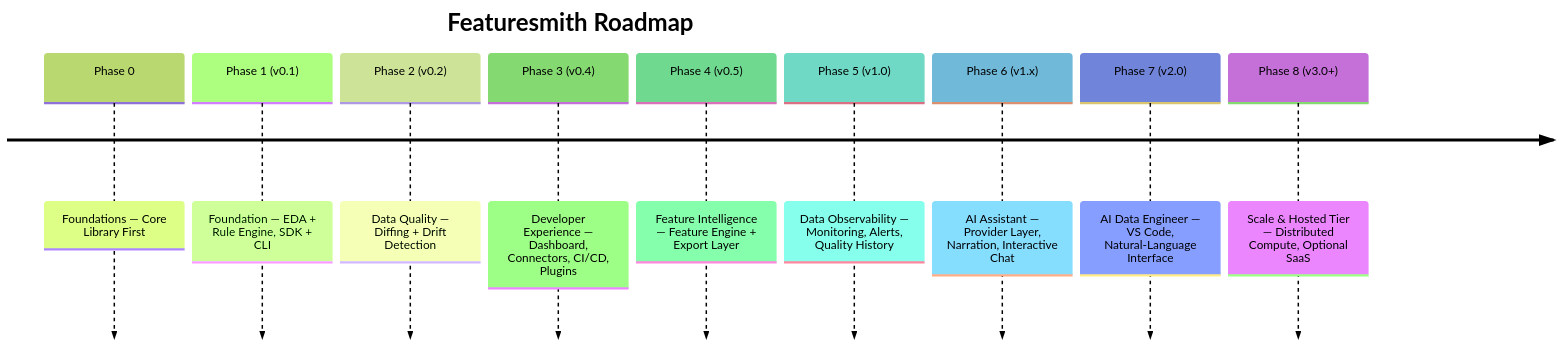
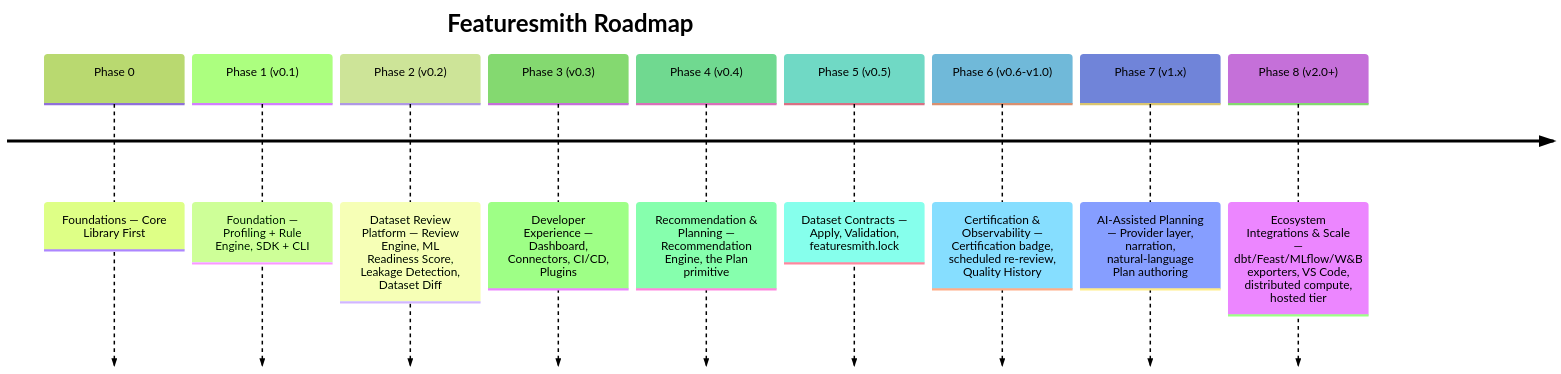
The diagram in docs/Phases.md (adityagangwani30/FeatureSmith), drawn with Mermaid (forest theme) before and after one commit. The commit also changed other lines of this file and 21 other files, not shown here.

````diff
--- a/docs/Phases.md
+++ b/docs/Phases.md
@@ -3,13 +3,13 @@
 ```mermaid
 timeline
     title Featuresmith Roadmap
     Phase 0 : Foundations — Core Library First
-    Phase 1 (v0.1) : Foundation — EDA + Rule Engine, SDK + CLI
-    Phase 2 (v0.2) : Data Quality — Diffing + Drift Detection
-    Phase 3 (v0.4) : Developer Experience — Dashboard, Connectors, CI/CD, Plugins
-    Phase 4 (v0.5) : Feature Intelligence — Feature Engine + Export Layer
-    Phase 5 (v1.0) : Data Observability — Monitoring, Alerts, Quality History
-    Phase 6 (v1.x) : AI Assistant — Provider Layer, Narration, Interactive Chat
-    Phase 7 (v2.0) : AI Data Engineer — VS Code, Natural-Language Interface
-    Phase 8 (v3.0+) : Scale & Hosted Tier — Distributed Compute, Optional SaaS
+    Phase 1 (v0.1) : Foundation — Profiling + Rule Engine, SDK + CLI
+    Phase 2 (v0.2) : Dataset Review Platform — Review Engine, ML Readiness Score, Leakage Detection, Dataset Diff
+    Phase 3 (v0.3) : Developer Experience — Dashboard, Connectors, CI/CD, Plugins
+    Phase 4 (v0.4) : Recommendation & Planning — Recommendation Engine, the Plan primitive
+    Phase 5 (v0.5) : Dataset Contracts — Apply, Validation, featuresmith.lock
+    Phase 6 (v0.6-v1.0) : Certification & Observability — Certification badge, scheduled re-review, Quality History
+    Phase 7 (v1.x) : AI-Assisted Planning — Provider layer, narration, natural-language Plan authoring
+    Phase 8 (v2.0+) : Ecosystem Integrations & Scale — dbt/Feast/MLflow/W&B exporters, VS Code, distributed compute, hosted tier
 ```
````
